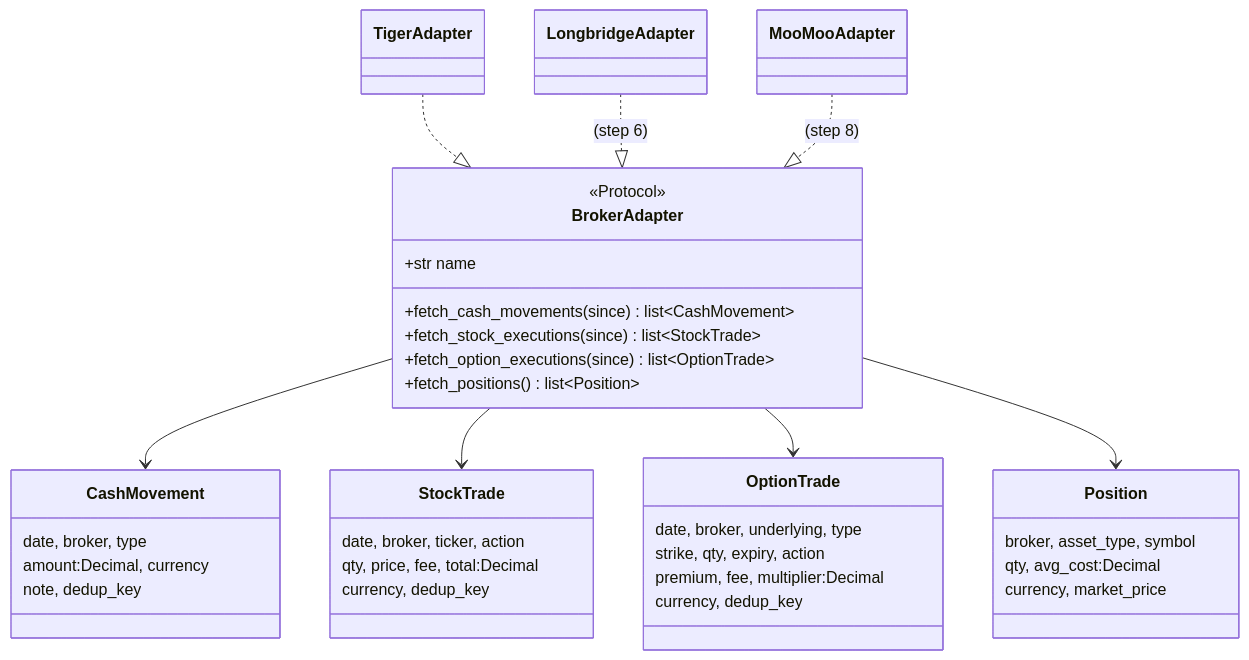
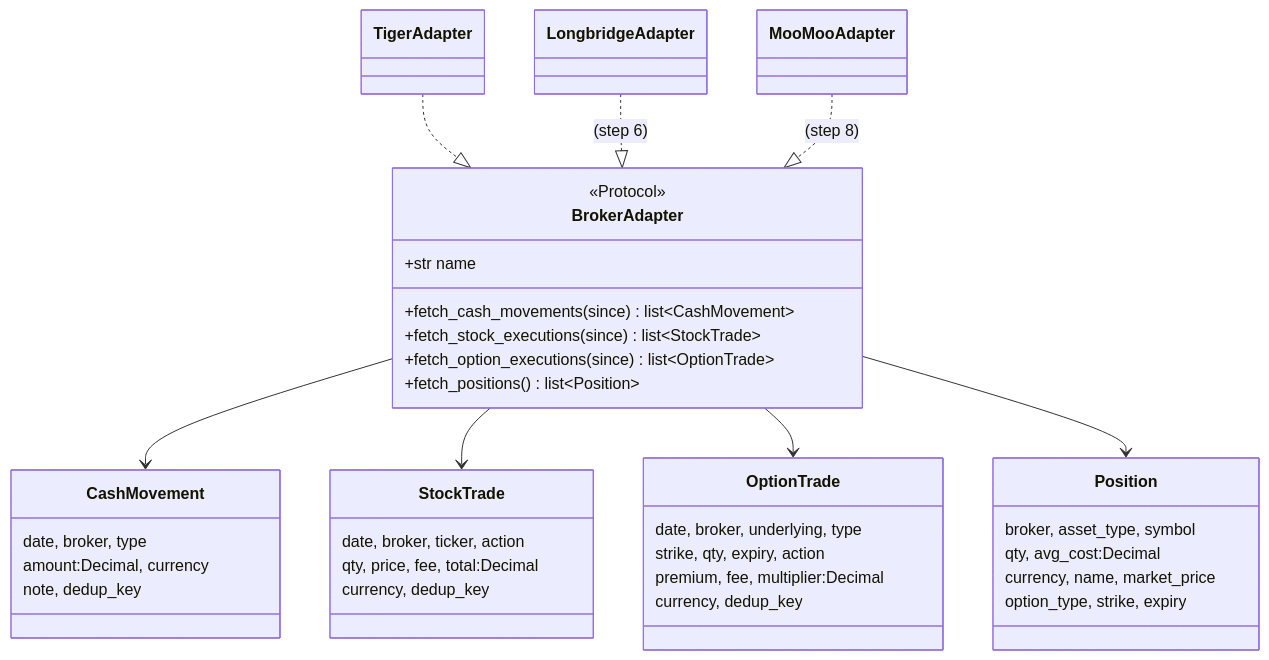
Before and after one commit to leshweyeewin/broker-portfolio-sync: the fourth of 5 diagrams in README.md, drawn with Mermaid. The commit also changed other lines of this file, not shown here.

First line of the commit message:
docs: refresh README to latest — full build status, scheduled jobs, updated diagrams

````diff
--- a/README.md
+++ b/README.md
@@ -183,40 +246,41 @@
 ```mermaid
 classDiagram
     class BrokerAdapter {
         <<Protocol>>
         +str name
         +fetch_cash_movements(since) list~CashMovement~
         +fetch_stock_executions(since) list~StockTrade~
         +fetch_option_executions(since) list~OptionTrade~
         +fetch_positions() list~Position~
     }
     class CashMovement {
         date, broker, type
         amount:Decimal, currency
         note, dedup_key
     }
     class StockTrade {
         date, broker, ticker, action
         qty, price, fee, total:Decimal
         currency, dedup_key
     }
     class OptionTrade {
         date, broker, underlying, type
         strike, qty, expiry, action
         premium, fee, multiplier:Decimal
         currency, dedup_key
     }
     class Position {
         broker, asset_type, symbol
         qty, avg_cost:Decimal
-        currency, market_price
+        currency, name, market_price
+        option_type, strike, expiry
     }
     BrokerAdapter --> CashMovement
     BrokerAdapter --> StockTrade
     BrokerAdapter --> OptionTrade
     BrokerAdapter --> Position
 
     TigerAdapter ..|> BrokerAdapter
     LongbridgeAdapter ..|> BrokerAdapter : (step 6)
     MooMooAdapter ..|> BrokerAdapter : (step 8)
 ```
````
